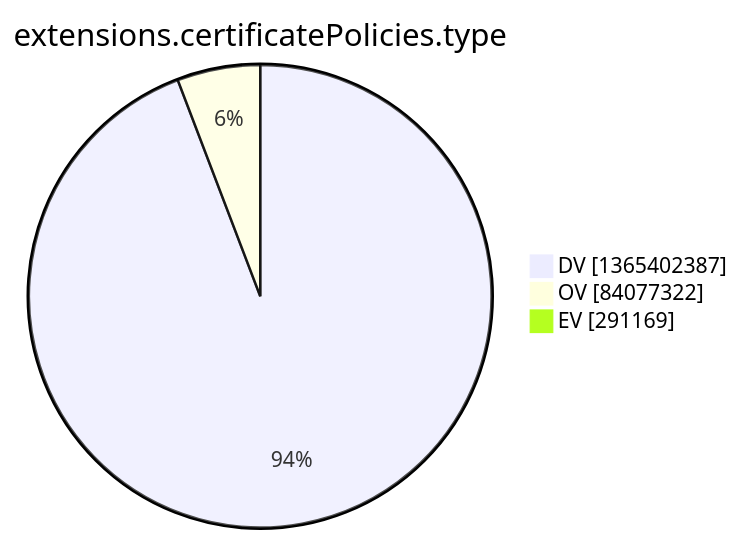
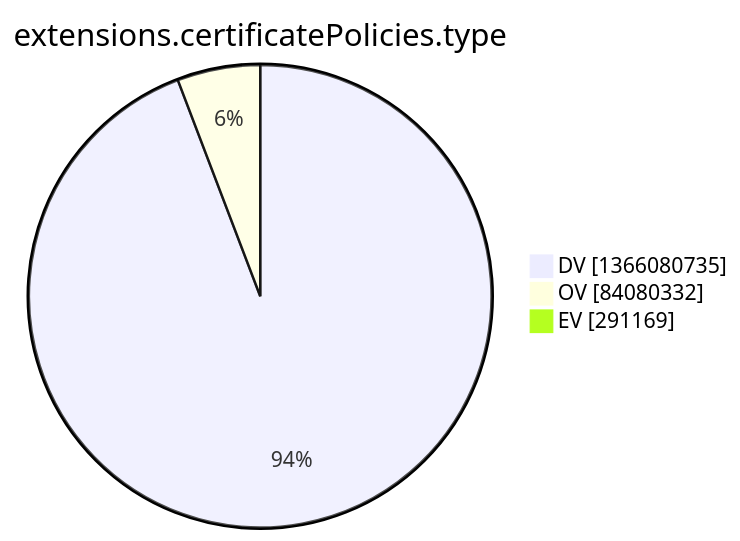
One commit to christiankrug/ctmonitor_visualization changed the tenth of 15 diagrams in argon2022/README.md. Above: the diagram before and after it, drawn with Mermaid. The commit also changed other lines of this file, not shown here.

````diff
--- a/argon2022/README.md
+++ b/argon2022/README.md
@@ -2773,7 +2773,7 @@
 ```mermaid
 pie showData
 title extensions.certificatePolicies.type
-"DV" :1365402387
-"OV" :84077322
+"DV" :1366080735
+"OV" :84080332
 "EV" :291169
 ```
````
